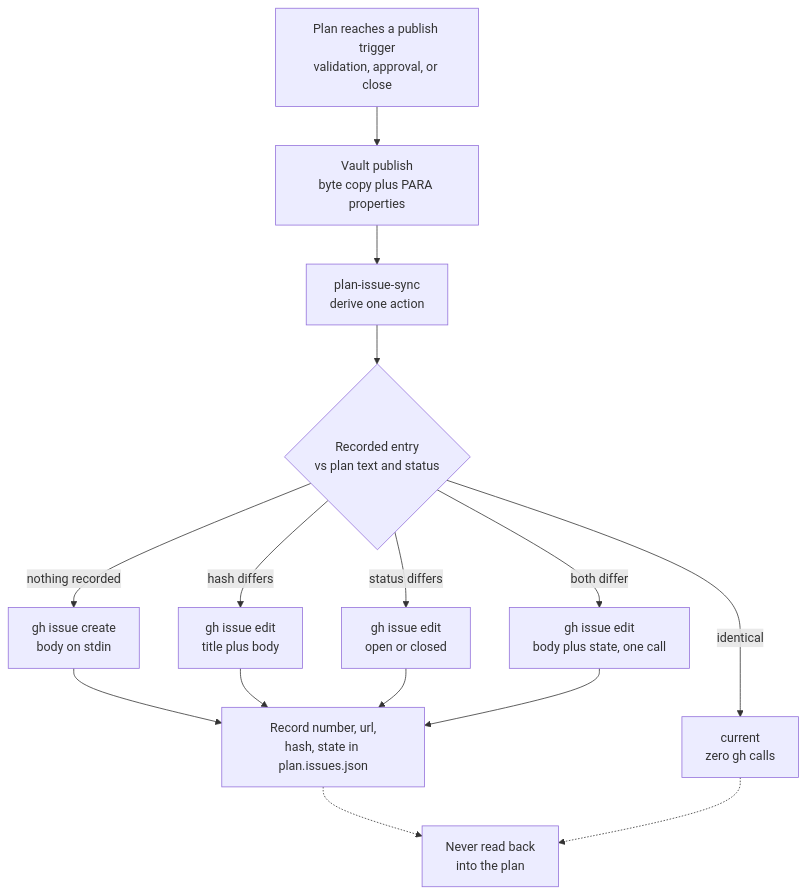
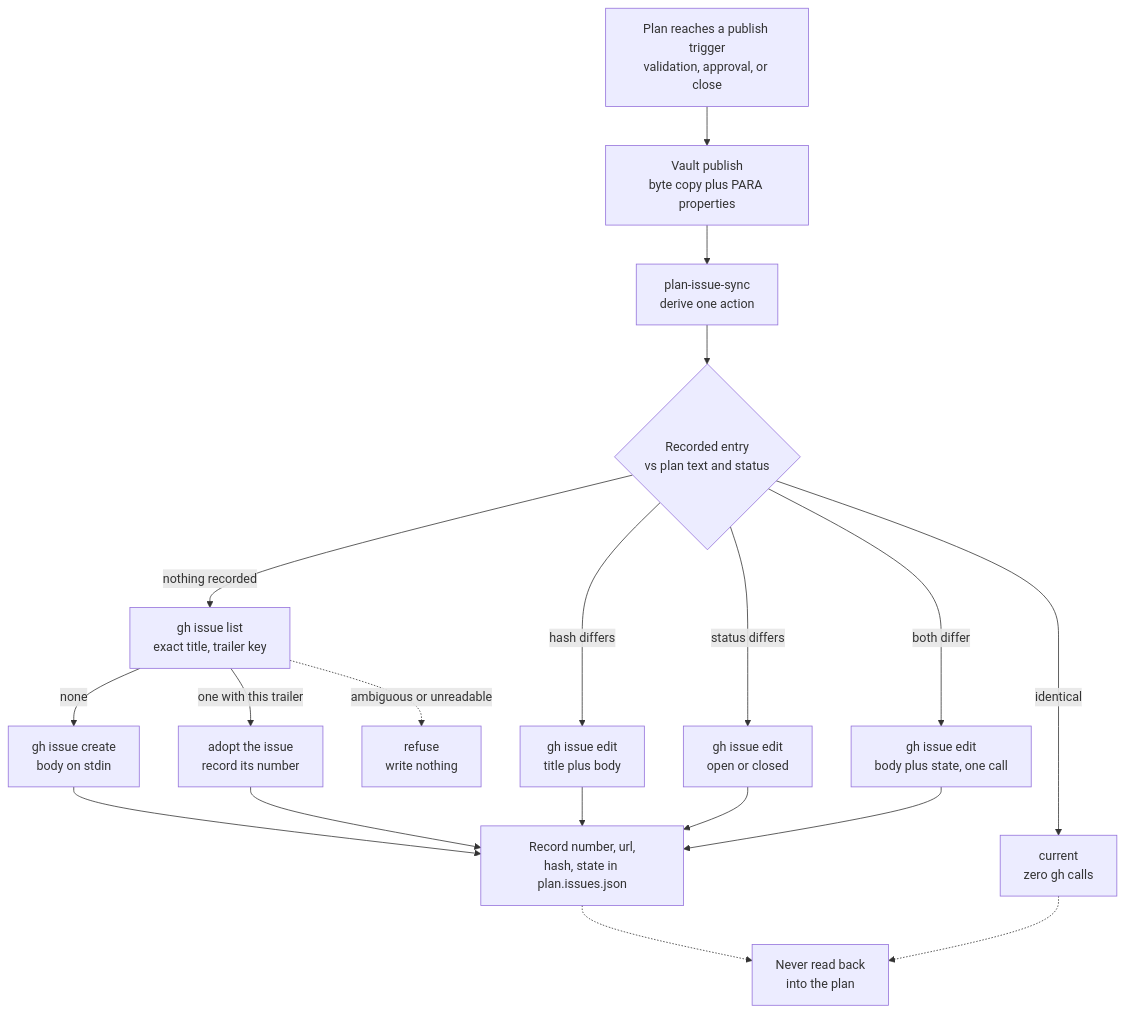
One commit to belajarcarabelajar/ai-skills changed the second of 2 diagrams in skills/sucp-plan/SKILL.md. Above: the diagram before and after it, drawn with Mermaid. The commit also changed other lines of this file, not shown here.

Commit message:
docs(plan): describe the issue lookup before create
The issue-mirror section now says an unrecorded plan lists its repository's
issues before creating one, adopts a single exact-title match whose trailer
names the plan, reports adopt (and would adopt under --check), and refuses
anything ambiguous or unreadable without writing. The diagram shows the new
branch.

````diff
--- a/skills/sucp-plan/SKILL.md
+++ b/skills/sucp-plan/SKILL.md
@@ -262,19 +263,23 @@
 ```mermaid
 flowchart TD
     accTitle: Plan mirrored to a GitHub issue, one way
-    accDescr: A finished plan is published to the vault and then synced to a GitHub issue, where a pure decision over the recorded entry, the plan text, and the plan status resolves to create, update the body, change the state, both, or nothing at all, with the issue number kept in a sidecar so the plan text stays byte-stable.
+    accDescr: A finished plan is published to the vault and then synced to a GitHub issue, where a pure decision over the recorded entry, the plan text, and the plan status resolves to create, update the body, change the state, both, or nothing at all, with the issue number kept in a sidecar so the plan text stays byte-stable. With nothing recorded, the sync first looks the issue up by exact title and trailer key, adopting one match and refusing anything ambiguous or unreadable.
     Plan["Plan reaches a publish trigger<br/>validation, approval, or close"] --> Vault["Vault publish<br/>byte copy plus PARA properties"]
     Vault --> Sync["plan-issue-sync<br/>derive one action"]
     Sync --> Decision{"Recorded entry<br/>vs plan text and status"}
-    Decision -->|"nothing recorded"| Create["gh issue create<br/>body on stdin"]
+    Decision -->|"nothing recorded"| Lookup["gh issue list<br/>exact title, trailer key"]
+    Lookup -->|"none"| Create["gh issue create<br/>body on stdin"]
+    Lookup -->|"one with this trailer"| Adopt["adopt the issue<br/>record its number"]
+    Lookup -.->|"ambiguous or unreadable"| Refuse["refuse<br/>write nothing"]
     Decision -->|"hash differs"| Body["gh issue edit<br/>title plus body"]
     Decision -->|"status differs"| State["gh issue edit<br/>open or closed"]
     Decision -->|"both differ"| Both["gh issue edit<br/>body plus state, one call"]
     Decision -->|"identical"| Current["current<br/>zero gh calls"]
     Create --> Record["Record number, url,<br/>hash, state in plan.issues.json"]
+    Adopt --> Record
     Body --> Record
     State --> Record
     Both --> Record
     Record -.-> NoReadback["Never read back<br/>into the plan"]
     Current -.-> NoReadback
 ```
````
